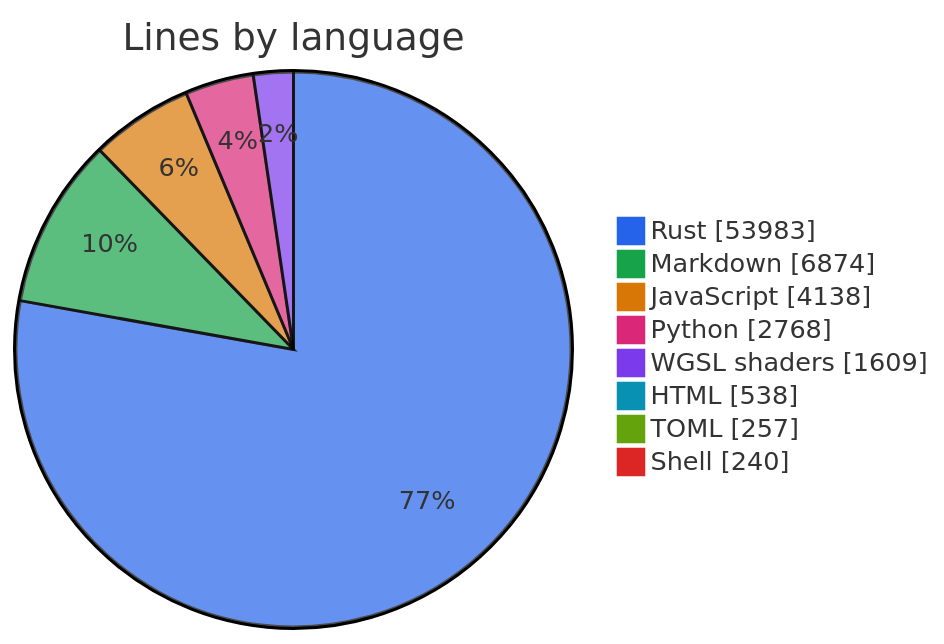
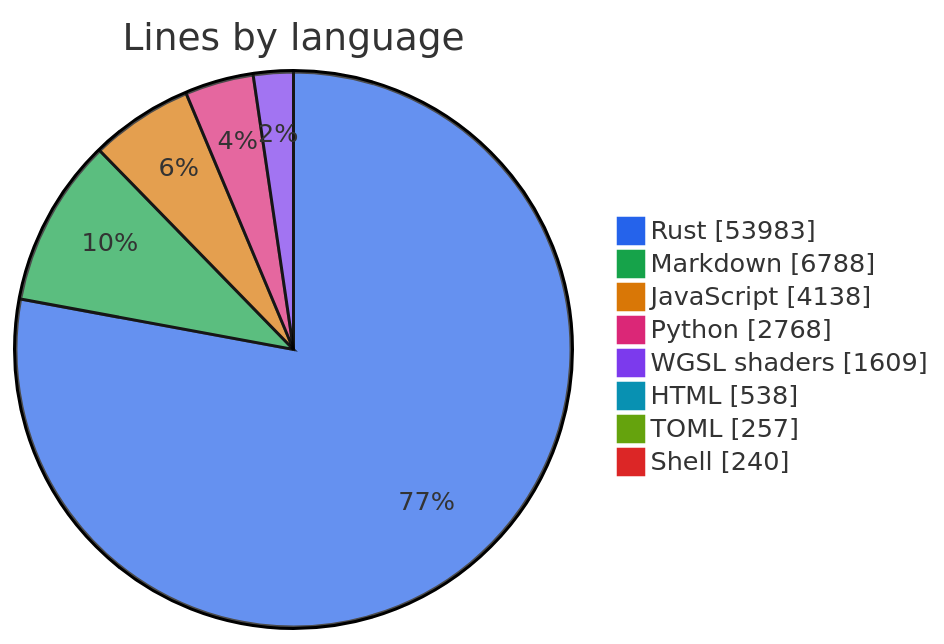
One commit to thomascherickal/ferrum-gpu changed the first of 2 diagrams in metrics.md. Above: the diagram before and after it, drawn with Mermaid. The commit also changed other lines of this file and 3 other files, not shown here.

````diff
--- a/metrics.md
+++ b/metrics.md
@@ -22,12 +22,12 @@
 ```mermaid
 %%{init: {"theme": "base", "themeVariables": {"pie1": "#2563eb", "pie2": "#16a34a", "pie3": "#d97706", "pie4": "#db2777", "pie5": "#7c3aed", "pie6": "#0891b2", "pie7": "#65a30d", "pie8": "#dc2626"}}}%%
 pie showData title Lines by language
     "Rust" : 53983
-    "Markdown" : 6874
+    "Markdown" : 6788
     "JavaScript" : 4138
     "Python" : 2768
     "WGSL shaders" : 1609
     "HTML" : 538
     "TOML" : 257
     "Shell" : 240
 ```
````
